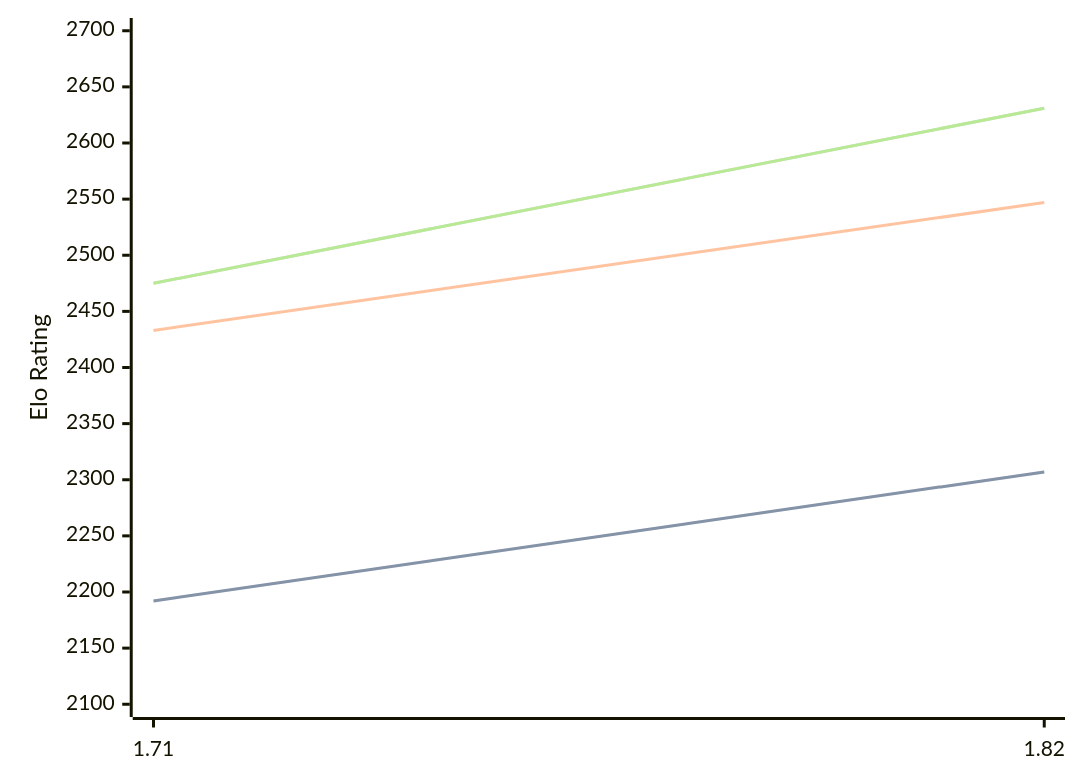
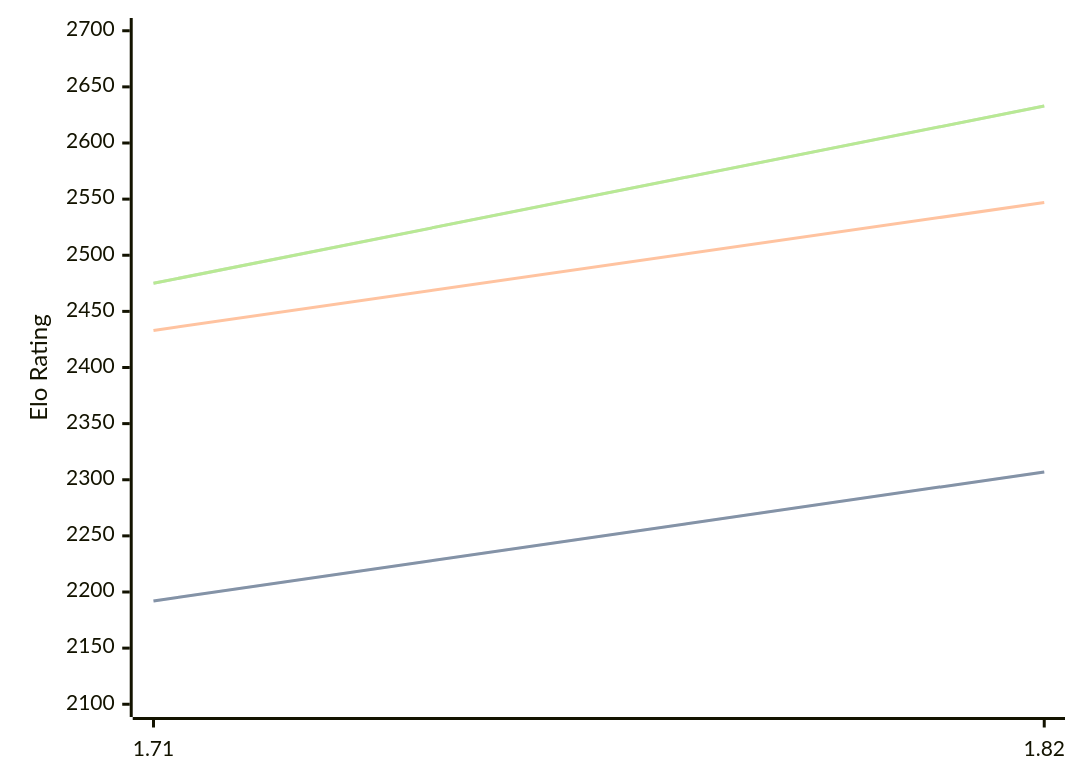
The diagram in engines/Amira.md (computer-chess-index/cci), drawn with Mermaid before and after one commit. The commit also changed other lines of this file, not shown here.

Commit message:
Update CCI Ratings (ELO VLTC) - 2026-10-08

````diff
--- a/engines/Amira.md
+++ b/engines/Amira.md
@@ -32,11 +32,11 @@
 ```mermaid
 %%{init: {"theme":"base","themeVariables":{"seriesColors:['#a3a3a3','#222221','#faa371']}}}%%
 xychart-beta
   x-axis ["1.71", "1.82"]
   y-axis "Elo Rating" 2100 --> 2700
   line "" [2192, 2307]
   line "STC (8.0+0.08s)" [2192, 2307]
   line "LTC (60.0+0.60s)" [2433, 2547]
-  line "" [2475, 2631]
-  line "VLTC (2m24s+1.12s)" [2475, 2631]
+  line "" [2475, 2633]
+  line "VLTC (2m24s+1.12s)" [2475, 2633]
 ```
````
